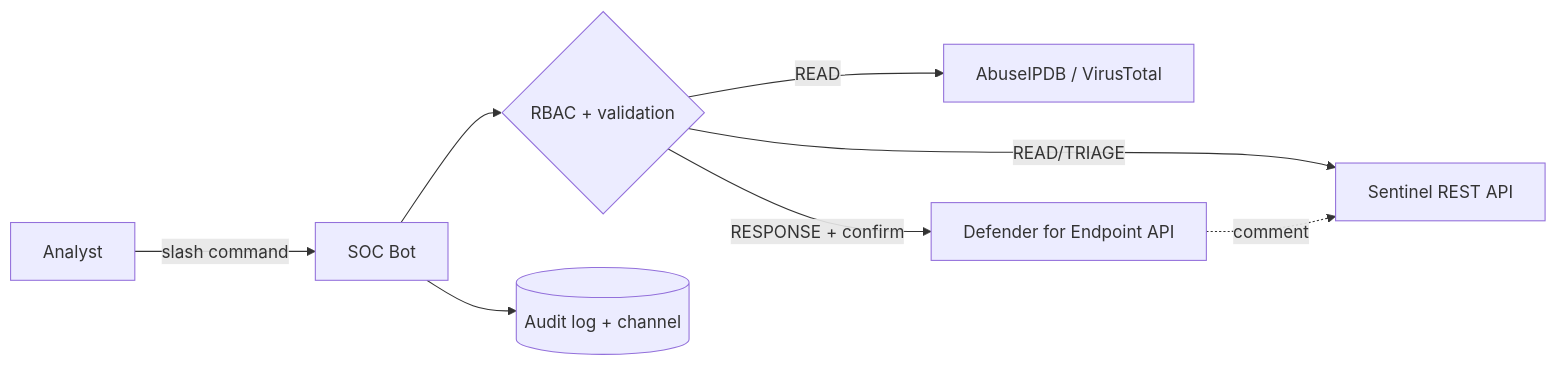
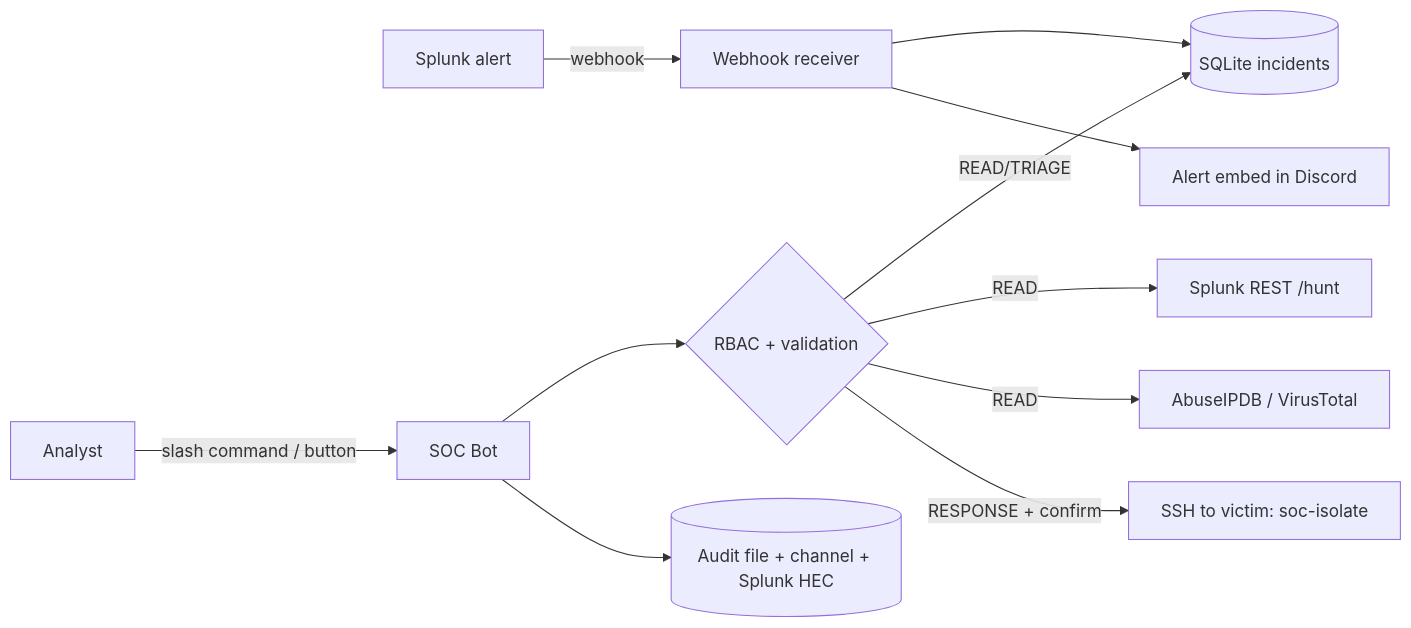
The diagram in README.md (MustafaS14/SOC_Automation_Bot), drawn with Mermaid before and after one commit. The commit also changed other lines of this file and 42 other files, not shown here.

First line of the commit message:
Refactor bot from Azure to the local Splunk lab

````diff
--- a/README.md
+++ b/README.md
@@ -41,10 +41,13 @@
 ```mermaid
 flowchart LR
-    U[Analyst] -->|slash command| B[SOC Bot]
+    SP[Splunk alert] -->|webhook| W[Webhook receiver]
+    W --> DB[(SQLite incidents)]
+    W --> CH[Alert embed in Discord]
+    U[Analyst] -->|slash command / button| B[SOC Bot]
     B --> R{RBAC + validation}
-    R -->|READ/TRIAGE| S[Sentinel REST API]
+    R -->|READ/TRIAGE| DB
+    R -->|READ| H[Splunk REST /hunt]
     R -->|READ| T[AbuseIPDB / VirusTotal]
-    R -->|RESPONSE + confirm| M[Defender for Endpoint API]
-    M -.->|comment| S
-    B --> A[(Audit log + channel)]
+    R -->|RESPONSE + confirm| S[SSH to victim: soc-isolate]
+    B --> A[(Audit file + channel + Splunk HEC)]
 ```
````
